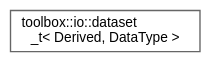
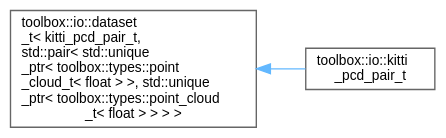
Before and after one commit to nerdneilsfield/cpp-toolbox: the diagram in inherit_graph_30.dot, drawn with Graphviz. The commit also changed 153 other files, not shown here.

```diff
--- a/inherit_graph_30.dot
+++ b/inherit_graph_30.dot
@@ -1,9 +1,11 @@
 digraph "Graphical Class Hierarchy"
 {
  // LATEX_PDF_SIZE
   bgcolor="transparent";
   edge [fontname=Helvetica,fontsize=10,labelfontname=Helvetica,labelfontsize=10];
   node [fontname=Helvetica,fontsize=10,shape=box,height=0.2,width=0.4];
   rankdir="LR";
-  Node0 [id="Node000000",label="toolbox::io::dataset\l_t\< Derived, DataType \>",height=0.2,width=0.4,color="grey40", fillcolor="white", style="filled",URL="$classtoolbox_1_1io_1_1dataset__t.html",tooltip="数据集基类/Abstract base class for datasets"];
+  Node0 [id="Node000000",label="toolbox::io::dataset\l_t\< kitti_pcd_pair_t,\l std::pair\< std::unique\l_ptr\< toolbox::types::point\l_cloud_t\< float \> \>, std::unique\l_ptr\< toolbox::types::point_cloud\l_t\< float \> \> \> \>",height=0.2,width=0.4,color="grey40", fillcolor="white", style="filled",URL="$classtoolbox_1_1io_1_1dataset__t.html",tooltip=" "];
+  Node0 -> Node1 [id="edge38_Node000000_Node000001",dir="back",color="steelblue1",style="solid",tooltip=" "];
+  Node1 [id="Node000001",label="toolbox::io::kitti\l_pcd_pair_t",height=0.2,width=0.4,color="grey40", fillcolor="white", style="filled",URL="$classtoolbox_1_1io_1_1kitti__pcd__pair__t.html",tooltip="KITTI点云对数据集类/KITTI point cloud pair dataset class."];
 }
```
